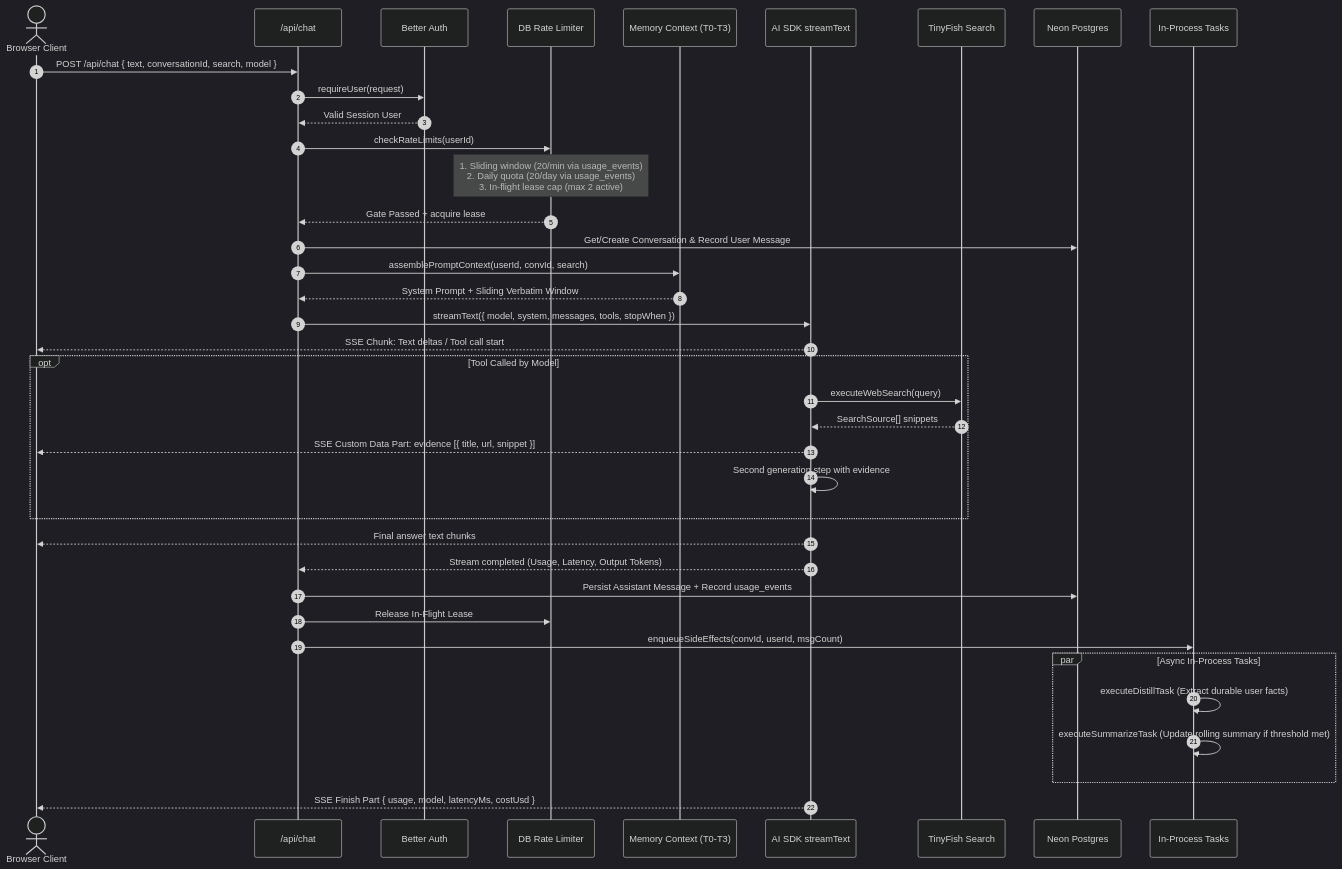
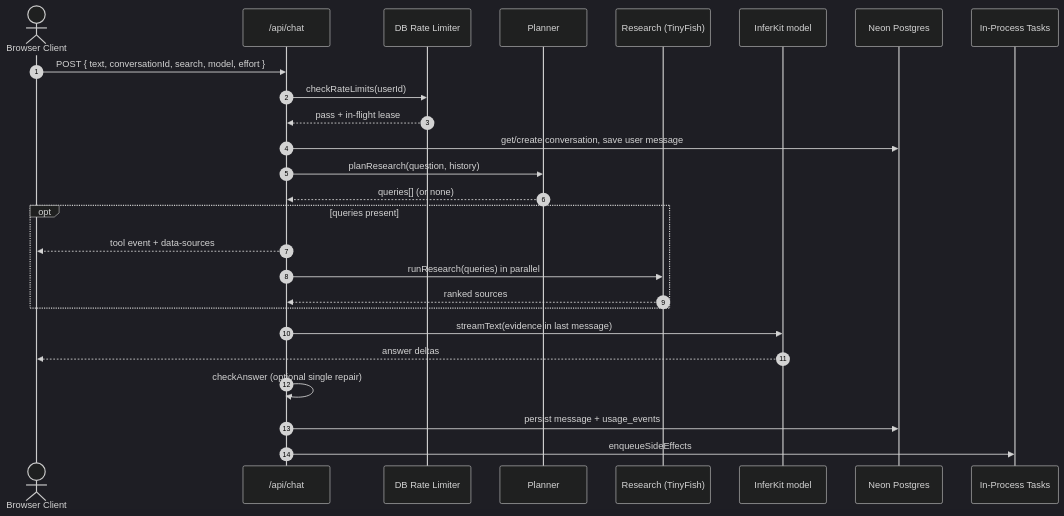
Before and after one commit to heysagnik/lyra: the third of 5 diagrams in DESIGN.md, drawn with Mermaid (dark theme). The commit also changed other lines of this file and 89 other files, not shown here.

First line of the commit message:
Refactor queue maintenance and task execution logic; remove unused rate limit tests and tools

````diff
--- a/DESIGN.md
+++ b/DESIGN.md
@@ -116,49 +156,29 @@
 ```mermaid
 sequenceDiagram
     autonumber
     actor User as Browser Client
     participant API as /api/chat
-    participant Auth as Better Auth
     participant Rate as DB Rate Limiter
-    participant Mem as Memory Context (T0-T3)
-    participant SDK as AI SDK streamText
-    participant Tool as TinyFish Search
+    participant Plan as Planner
+    participant Res as Research (TinyFish)
+    participant LLM as InferKit model
     participant DB as Neon Postgres
     participant BG as In-Process Tasks
 
-    User->>API: POST /api/chat { text, conversationId, search, model }
-    API->>Auth: requireUser(request)
-    Auth-->>API: Valid Session User
-
+    User->>API: POST { text, conversationId, search, model, effort }
     API->>Rate: checkRateLimits(userId)
-    Note over Rate: 1. Sliding window (20/min via usage_events)<br/>2. Daily quota (20/day via usage_events)<br/>3. In-flight lease cap (max 2 active)
-    Rate-->>API: Gate Passed + acquire lease
-
-    API->>DB: Get/Create Conversation & Record User Message
-    API->>Mem: assemblePromptContext(userId, convId, search)
-    Mem-->>API: System Prompt + Sliding Verbatim Window
-
-    API->>SDK: streamText({ model, system, messages, tools, stopWhen })
-    SDK-->>User: SSE Chunk: Text deltas / Tool call start
-
-    opt Tool Called by Model
-        SDK->>Tool: executeWebSearch(query)
-        Tool-->>SDK: SearchSource[] snippets
-        SDK-->>User: SSE Custom Data Part: evidence [{ title, url, snippet }]
-        SDK->>SDK: Second generation step with evidence
+    Rate-->>API: pass + in-flight lease
+    API->>DB: get/create conversation, save user message
+    API->>Plan: planResearch(question, history)
+    Plan-->>API: queries[] (or none)
+    opt queries present
+        API-->>User: tool event + data-sources
+        API->>Res: runResearch(queries) in parallel
+        Res-->>API: ranked sources
     end
-
-    SDK-->>User: Final answer text chunks
-    SDK-->>API: Stream completed (Usage, Latency, Output Tokens)
-    
-    API->>DB: Persist Assistant Message + Record usage_events
-    API->>Rate: Release In-Flight Lease
-    API->>BG: enqueueSideEffects(convId, userId, msgCount)
-    
-    par Async In-Process Tasks
-        BG->>BG: executeDistillTask (Extract durable user facts)
-        BG->>BG: executeSummarizeTask (Update rolling summary if threshold met)
-    end
-
-    SDK-->>User: SSE Finish Part { usage, model, latencyMs, costUsd }
+    API->>LLM: streamText(evidence in last message)
+    LLM-->>User: answer deltas
+    API->>API: checkAnswer (optional single repair)
+    API->>DB: persist message + usage_events
+    API->>BG: enqueueSideEffects
 ```
````
